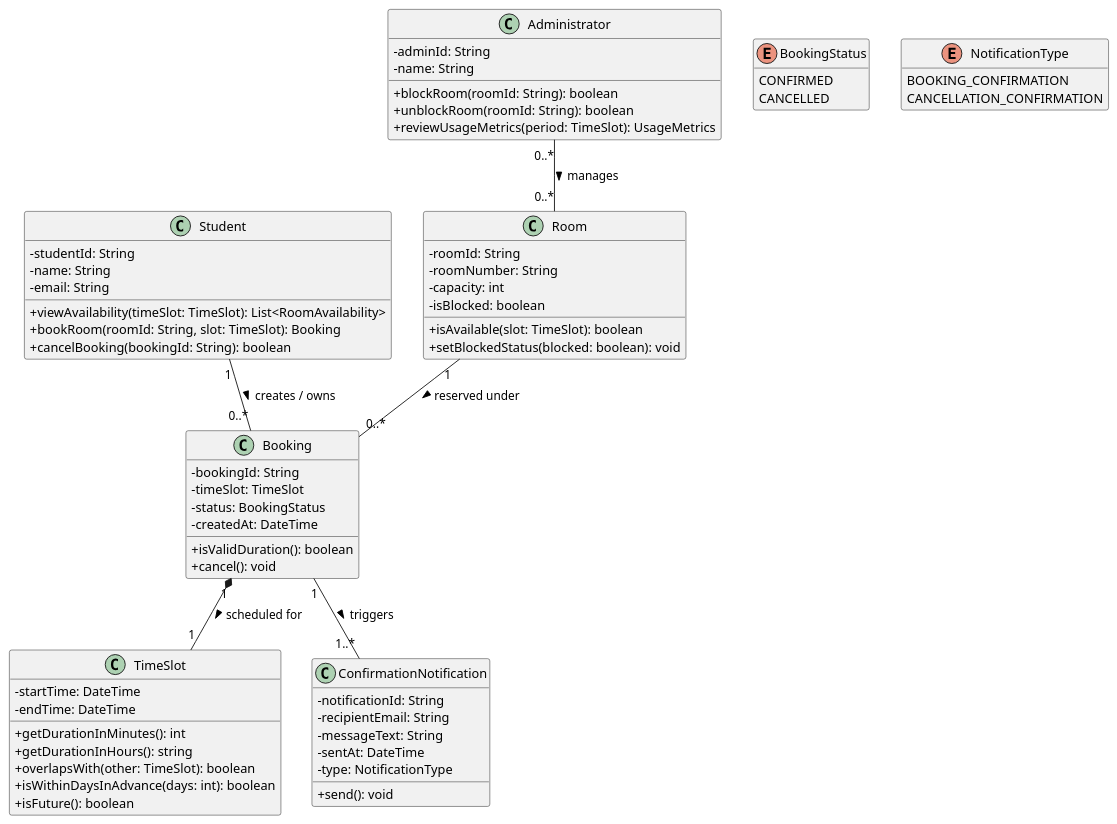
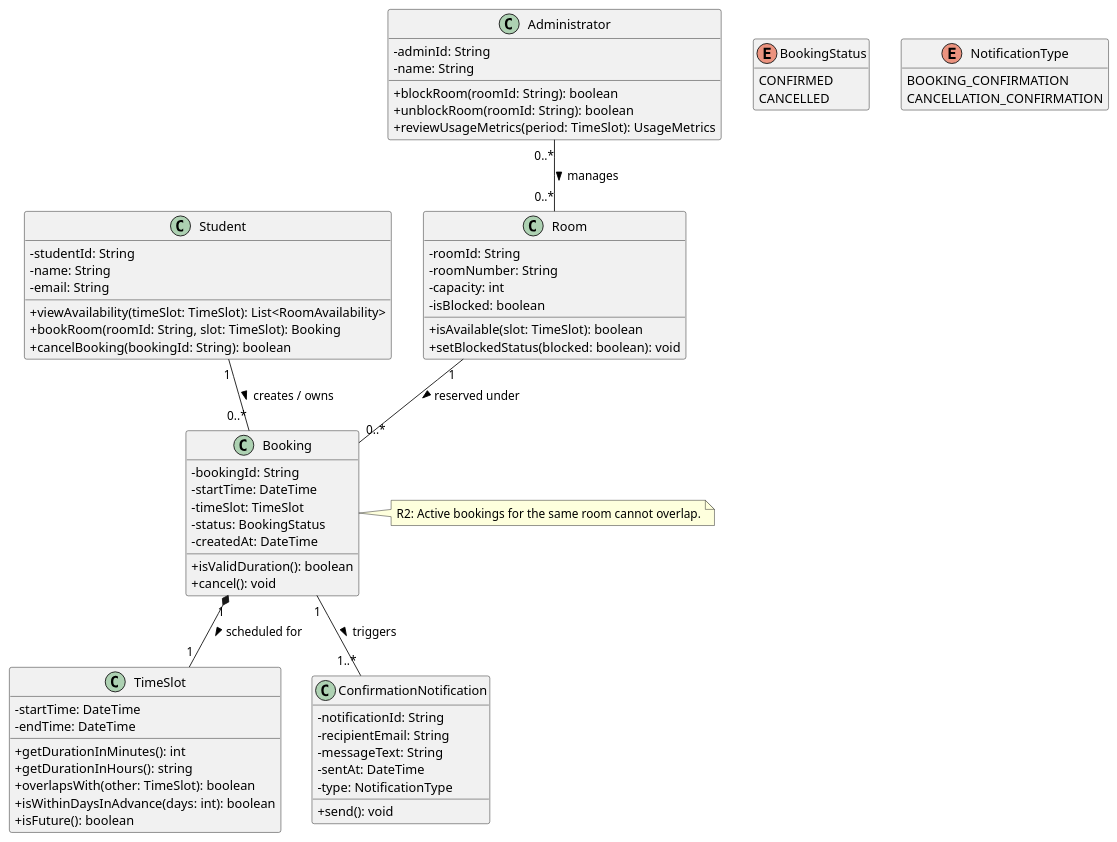
Before and after one commit to UnityFan228337/se-practice: the diagram in week-04/models/class.puml, drawn with PlantUML. The commit also changed 1 other file, not shown here.

```diff
--- a/week-04/models/class.puml
+++ b/week-04/models/class.puml
@@ -2,76 +2,82 @@
 @startuml
 skinparam classAttributeIconSize 0
 hide empty members
 
 class Student {
   - studentId: String
   - name: String
   - email: String
   + viewAvailability(timeSlot: TimeSlot): List<RoomAvailability>
   + bookRoom(roomId: String, slot: TimeSlot): Booking
   + cancelBooking(bookingId: String): boolean
 }
 
 class Administrator {
   - adminId: String
   - name: String
   + blockRoom(roomId: String): boolean
   + unblockRoom(roomId: String): boolean
   + reviewUsageMetrics(period: TimeSlot): UsageMetrics
 }
 
 class Room {
   - roomId: String
   - roomNumber: String
   - capacity: int
   - isBlocked: boolean
   + isAvailable(slot: TimeSlot): boolean
   + setBlockedStatus(blocked: boolean): void
 }
 
 class Booking {
   - bookingId: String
+  - startTime: DateTime
   - timeSlot: TimeSlot
   - status: BookingStatus
   - createdAt: DateTime
   + isValidDuration(): boolean
   + cancel(): void
 }
 
 class TimeSlot {
   - startTime: DateTime
   - endTime: DateTime
   + getDurationInMinutes(): int
   + getDurationInHours(): string
   + overlapsWith(other: TimeSlot): boolean
   + isWithinDaysInAdvance(days: int): boolean
   + isFuture(): boolean
 }
 
 class ConfirmationNotification {
   - notificationId: String
   - recipientEmail: String
   - messageText: String
   - sentAt: DateTime
   - type: NotificationType
   + send(): void
 }
 
 enum BookingStatus {
   CONFIRMED
   CANCELLED
 }
 
 enum NotificationType {
   BOOKING_CONFIRMATION
   CANCELLATION_CONFIRMATION
 }
 
 ' Relationships & Multiplicities
 Student "1" -- "0..*" Booking : creates / owns >
 Room "1" -- "0..*" Booking : reserved under >
+' why: a booking is anchored to exactly one time slot and the slot is a value object that defines the reservation window
 Booking "1" *-- "1" TimeSlot : scheduled for >
 Booking "1" -- "1..*" ConfirmationNotification : triggers >
 Administrator "0..*" -- "0..*" Room : manages >
 
+note right of Booking
+  R2: Active bookings for the same room cannot overlap.
+end note
+
 @enduml
```
